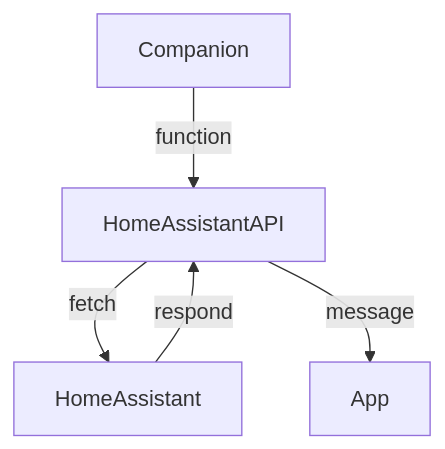
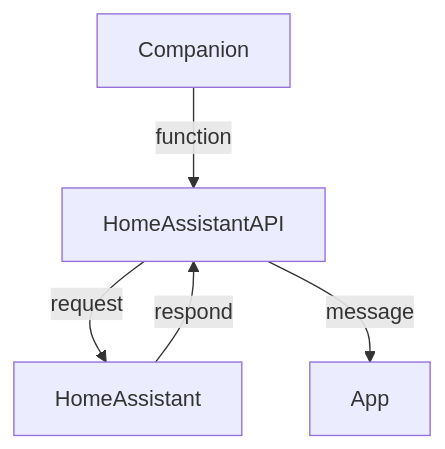
Before and after one commit to smirko-dev/fitbit-homeassistant: the diagram in companion/README.md, drawn with Mermaid. The commit also changed 2 other files, not shown here.

Commit message:
Minor changes

````diff
--- a/companion/README.md
+++ b/companion/README.md
@@ -94,7 +94,7 @@
 ```mermaid
 flowchart TD;
     Companion -- function --> HomeAssistantAPI;
-    HomeAssistantAPI -- fetch --> HomeAssistant;
+    HomeAssistantAPI -- request --> HomeAssistant;
     HomeAssistant -- respond --> HomeAssistantAPI;
     HomeAssistantAPI -- message --> App;
 ```
````
